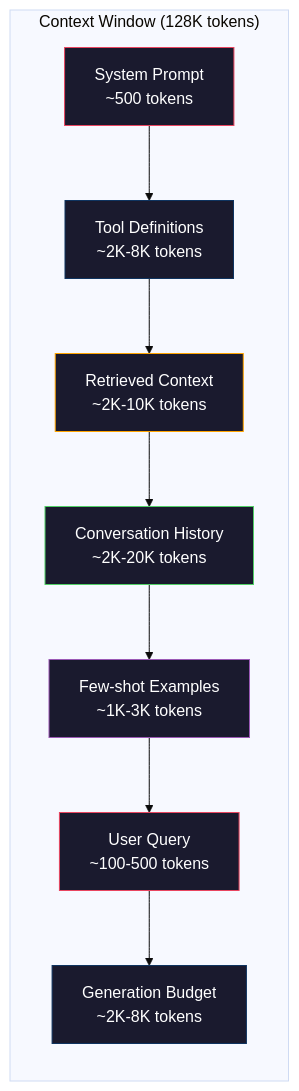
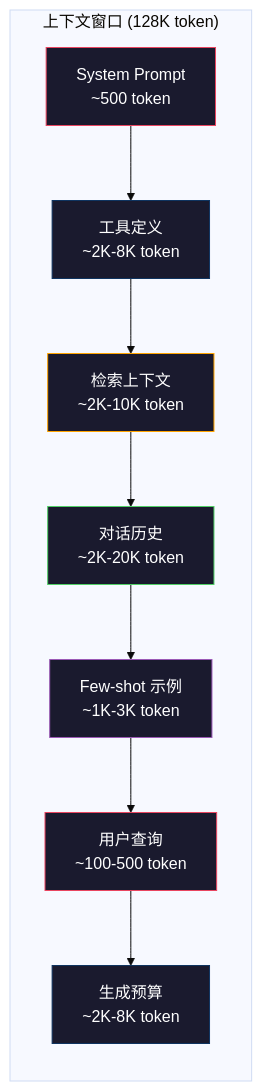
The first of 3 diagrams in phases/11-llm-engineering/05-context-engineering/docs/zh.md (alessandrodinisio-ai/ai-engineering-learning-framework), drawn with Mermaid (base theme) before and after one commit. The commit also changed other lines of this file and 120 other files, not shown here.

First line of the commit message:
i18n(mermaid): 337 个 mermaid 图表标签中文化

````diff
--- a/phases/11-llm-engineering/05-context-engineering/docs/zh.md
+++ b/phases/11-llm-engineering/05-context-engineering/docs/zh.md
@@ -36,20 +36,20 @@
 ```mermaid
 graph TD
-    subgraph Window["Context Window (128K tokens)"]
+    subgraph Window["上下文窗口 (128K token)"]
         direction TB
-        S["System Prompt\n~500 tokens"] --> T["Tool Definitions\n~2K-8K tokens"]
-        T --> R["Retrieved Context\n~2K-10K tokens"]
-        R --> H["Conversation History\n~2K-20K tokens"]
-        H --> F["Few-shot Examples\n~1K-3K tokens"]
-        F --> Q["User Query\n~100-500 tokens"]
-        Q --> G["Generation Budget\n~2K-8K tokens"]
+        S["System Prompt\n~500 token"] --> T["工具定义\n~2K-8K token"]
+        T --> R["检索上下文\n~2K-10K token"]
+        R --> H["对话历史\n~2K-20K token"]
+        H --> F["Few-shot 示例\n~1K-3K token"]
+        F --> Q["用户查询\n~100-500 token"]
+        Q --> G["生成预算\n~2K-8K token"]
     end
 
     style S fill:#1a1a2e,stroke:#e94560,color:#fff
     style T fill:#1a1a2e,stroke:#0f3460,color:#fff
     style R fill:#1a1a2e,stroke:#ffa500,color:#fff
     style H fill:#1a1a2e,stroke:#51cf66,color:#fff
     style F fill:#1a1a2e,stroke:#9b59b6,color:#fff
     style Q fill:#1a1a2e,stroke:#e94560,color:#fff
     style G fill:#1a1a2e,stroke:#0f3460,color:#fff
 ```
````
